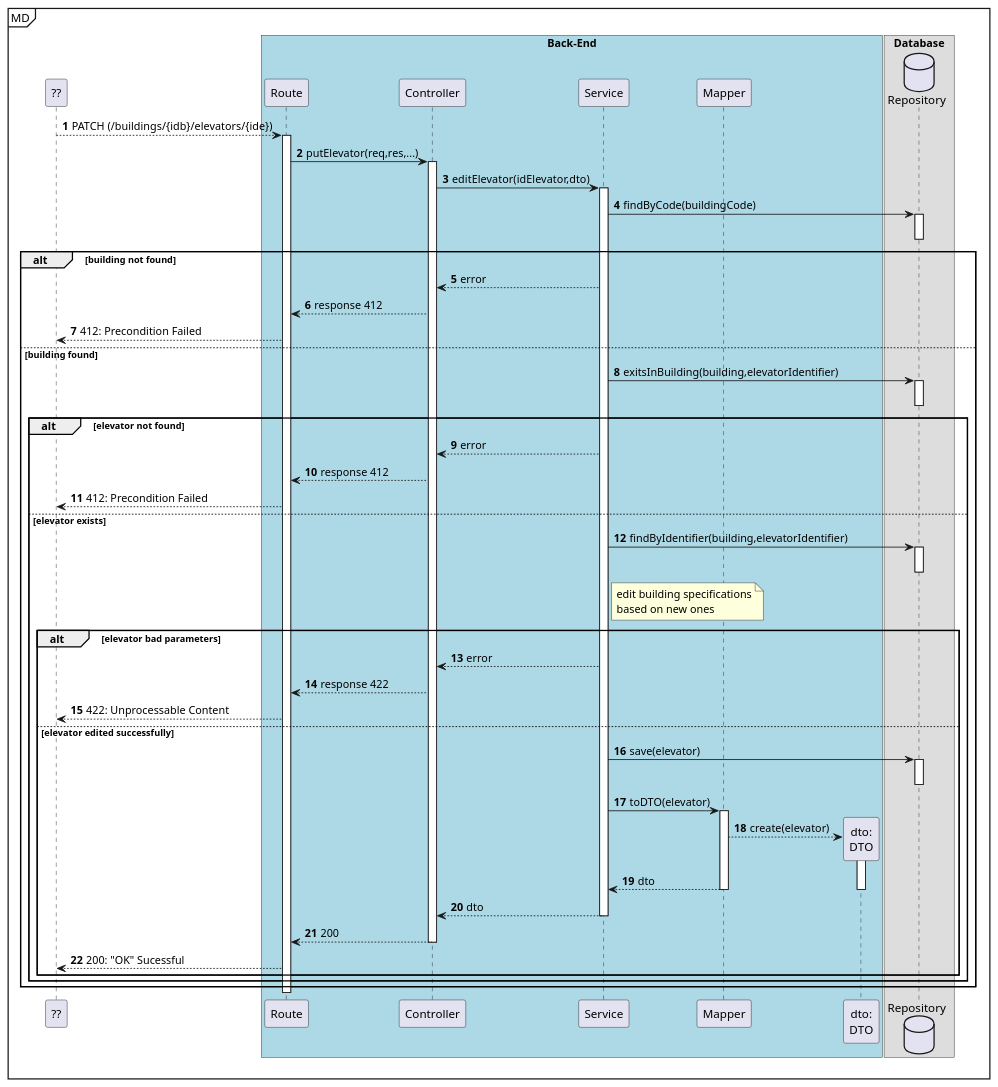
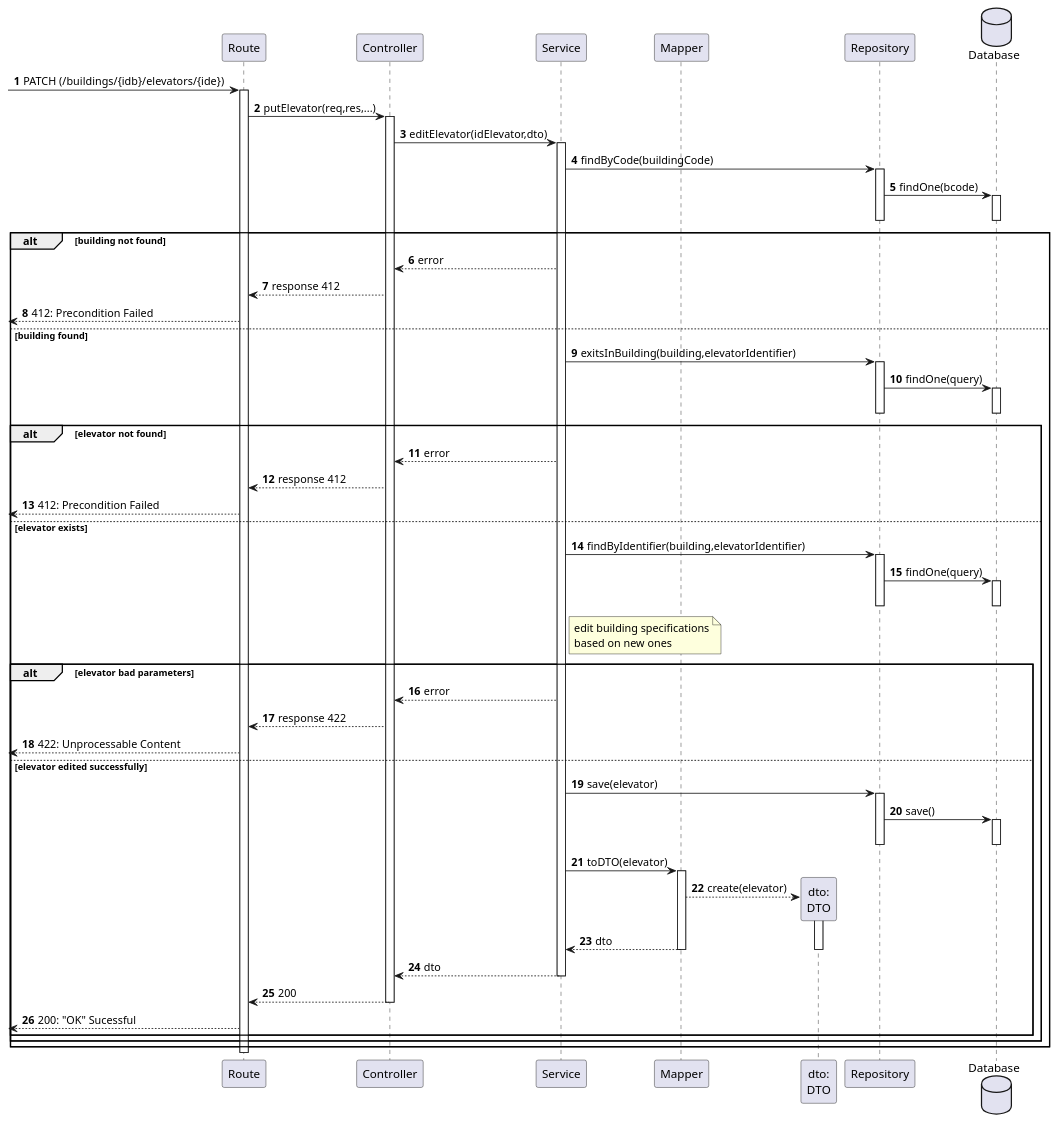
The diagram in docs/us280/level3/process-view-put.puml (Departamento-de-Engenharia-Informatica/lapr5-23-24-g19), drawn with PlantUML before and after one commit. The commit also changed 7 other files, not shown here.

```diff
--- a/docs/us280/level3/process-view-put.puml
+++ b/docs/us280/level3/process-view-put.puml
@@ -1,98 +1,104 @@
 @startuml
 autonumber
 
-participant "??" as ui
 
-mainframe MD
-box "Back-End" #LightBlue
+
+
 participant "Route" as r
 participant "Controller" as ctrl
 participant "Service" as svc
 
-
 participant "Mapper" as map
 participant "dto:\nDTO" as dto
-end box
+participant "Repository" as repo
+database "Database" as db
 
-box "Database"
-database "Repository" as repo
-'participant "elevator:\nElevator" as e
-end box
 
-ui --> r: PATCH (/buildings/{idb}/elevators/{ide})
+[-> r: PATCH (/buildings/{idb}/elevators/{ide})
     activate r
             r -> ctrl : putElevator(req,res,...)
                 activate ctrl
                     ctrl -> svc : editElevator(idElevator,dto)
                     activate svc
                         svc -> repo : findByCode(buildingCode)
-                        activate repo
-                            'repo --> e **: create()
-                        deactivate repo
+                            activate repo
+                                repo -> db : findOne(bcode)
+                            activate db
+                            deactivate db
+                            deactivate repo
 
                         alt building not found
                             svc --> ctrl : error
                             ctrl --> r : response 412
-                            ui <--r : 412: Precondition Failed
+                            [<-- r : 412: Precondition Failed
 
 
 
                         else building found
 
                             svc -> repo : exitsInBuilding(building,elevatorIdentifier)
-                            activate repo
-                            deactivate repo
+                                activate repo
+                                    repo -> db : findOne(query)
+                                    activate db
+                                    deactivate db
+                                deactivate repo
 
                             alt elevator not found
                                 svc --> ctrl : error
                                 ctrl --> r : response 412
-                                ui <--r : 412: Precondition Failed
+                                [<-- r : 412: Precondition Failed
                             else elevator exists
 
                                 svc -> repo: findByIdentifier(building,elevatorIdentifier)
-                                activate repo
-                                deactivate repo
+                                    activate repo
+                                        repo -> db : findOne(query)
+                                        activate db
+                                        deactivate db
+                                    deactivate repo
 
                                 note right of svc
                                     edit building specifications
                                     based on new ones
                                 end note
 
 
                             alt elevator bad parameters
                                 svc --> ctrl : error
                                 ctrl --> r : response 422
-                                ui <--r : 422: Unprocessable Content
+                                [<-- r : 422: Unprocessable Content
                             else elevator edited successfully
                                svc -> repo : save(elevator)
                                activate repo
+                                    repo -> db: save()
+                                    activate db
+                                    deactivate db
                                deactivate repo
 
 
 
 
                             svc -> map : toDTO(elevator)
                             activate map
                                 map --> dto **: create(elevator)
                                 activate dto
 
                                 map --> svc : dto
                                 deactivate dto
                             deactivate map
 
                             svc --> ctrl : dto
                         deactivate svc
 
                         ctrl --> r : 200
                     deactivate ctrl
 
 
 
 
-            ui <--r: 200: "OK" Sucessful
+            [<-- r: 200: "OK" Sucessful
                 end
             end
          end
     deactivate r
 
 @enduml
```
